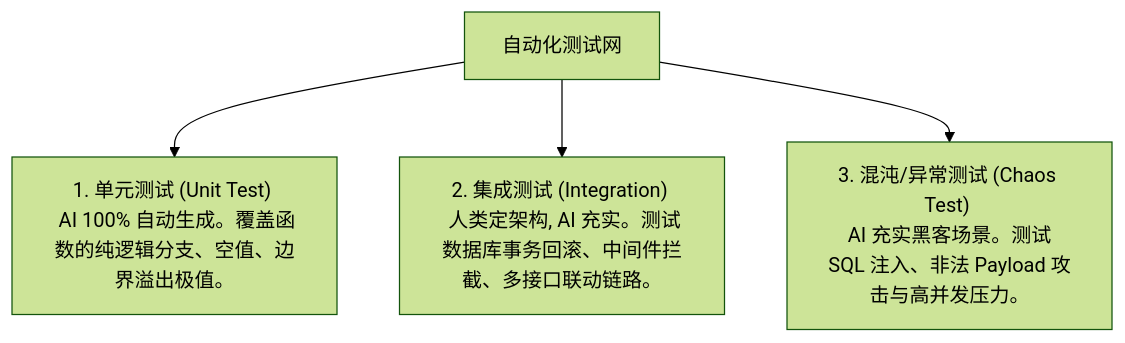
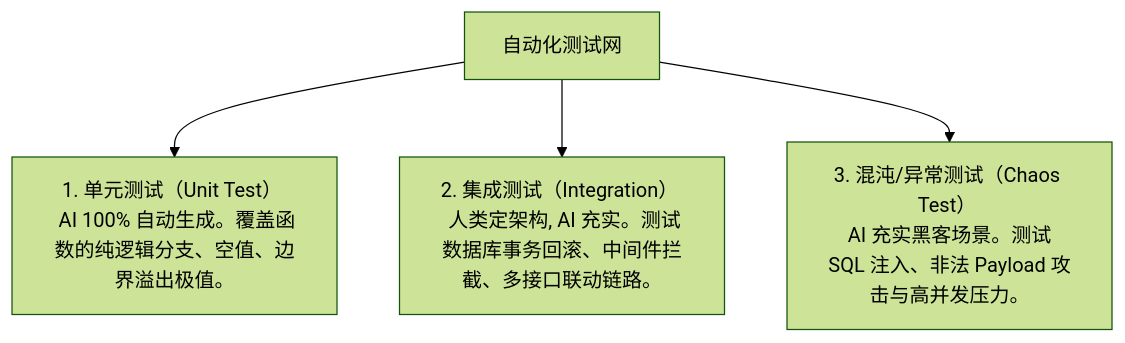
The second of 2 diagrams in docs/debugging.md (ruanqizhen/cocode), drawn with Mermaid (forest theme) before and after one commit. The commit also changed other lines of this file and 21 other files, not shown here.

````diff
--- a/docs/debugging.md
+++ b/docs/debugging.md
@@ -191,6 +191,6 @@
 ```mermaid
 graph TD
-    Test["自动化测试网"] --> Unit["1. 单元测试 (Unit Test) <br> AI 100% 自动生成。覆盖函数的纯逻辑分支、空值、边界溢出极值。"]
-    Test --> Integration["2. 集成测试 (Integration) <br> 人类定架构, AI 充实。测试数据库事务回滚、中间件拦截、多接口联动链路。"]
-    Test --> Chaos["3. 混沌/异常测试 (Chaos Test) <br> AI 充实黑客场景。测试 SQL 注入、非法 Payload 攻击与高并发压力。"]
+    Test["自动化测试网"] --> Unit["1. 单元测试（Unit Test） <br> AI 100% 自动生成。覆盖函数的纯逻辑分支、空值、边界溢出极值。"]
+    Test --> Integration["2. 集成测试（Integration） <br> 人类定架构, AI 充实。测试数据库事务回滚、中间件拦截、多接口联动链路。"]
+    Test --> Chaos["3. 混沌/异常测试（Chaos Test） <br> AI 充实黑客场景。测试 SQL 注入、非法 Payload 攻击与高并发压力。"]
 ```
````
